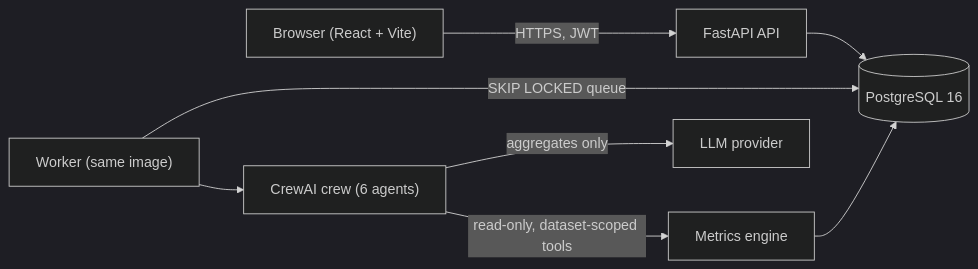
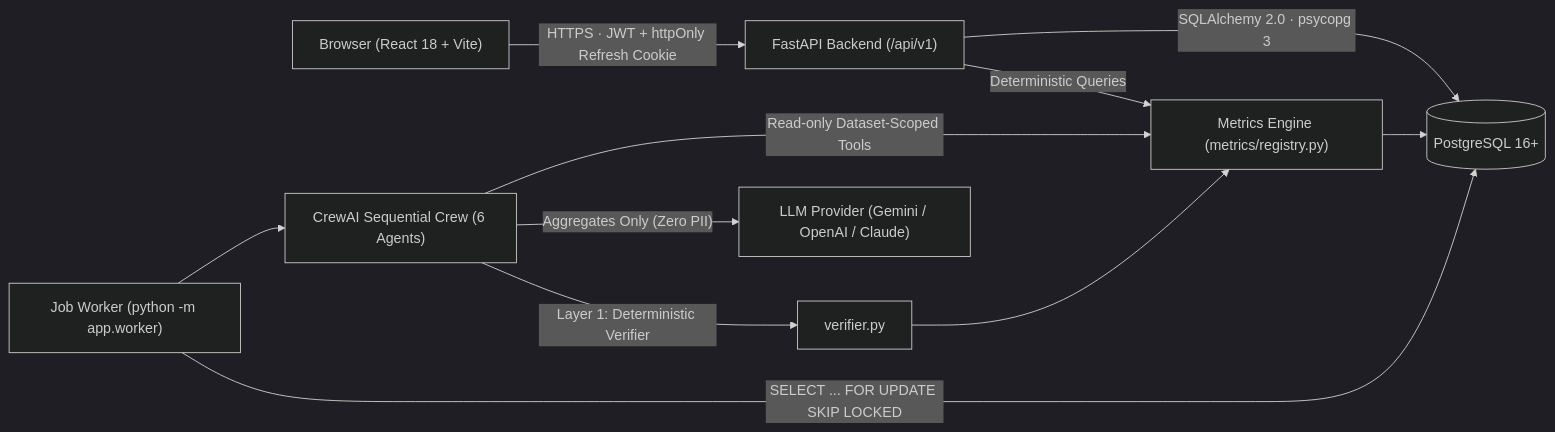
One commit to niravpatel22/MutiAgentHealth changed the first of 4 diagrams in docs/ARCHITECTURE.md. Above: the diagram before and after it, drawn with Mermaid (dark theme). The commit also changed other lines of this file and 2 other files, not shown here.

Commit message:
docs(architecture): add Mermaid source, exported architecture.png, ERD, sequence diagrams and EXPLAIN benchmarks

````diff
--- a/docs/ARCHITECTURE.md
+++ b/docs/ARCHITECTURE.md
@@ -6,10 +9,13 @@
 ```mermaid
 flowchart LR
-  U["Browser (React + Vite)"] -->|"HTTPS, JWT"| A["FastAPI API"]
-  A --> DB[("PostgreSQL 16")]
-  W["Worker (same image)"] -->|"SKIP LOCKED queue"| DB
-  W --> C["CrewAI crew (6 agents)"]
-  C -->|"read-only, dataset-scoped tools"| M["Metrics engine"]
-  M --> DB
-  C -->|"aggregates only"| L["LLM provider"]
+  U["Browser (React 18 + Vite)"] -->|"HTTPS · JWT + httpOnly Refresh Cookie"| API["FastAPI Backend (/api/v1)"]
+  API -->|"SQLAlchemy 2.0 · psycopg 3"| DB[("PostgreSQL 16+")]
+  API -->|"Deterministic Queries"| ME["Metrics Engine (metrics/registry.py)"]
+  ME --> DB
+  W["Job Worker (python -m app.worker)"] -->|"SELECT ... FOR UPDATE SKIP LOCKED"| DB
+  W --> CREW["CrewAI Sequential Crew (6 Agents)"]
+  CREW -->|"Read-only Dataset-Scoped Tools"| ME
+  CREW -->|"Layer 1: Deterministic Verifier"| VER["verifier.py"]
+  VER --> ME
+  CREW -->|"Aggregates Only (Zero PII)"| LLM["LLM Provider (Gemini / OpenAI / Claude)"]
 ```
````
